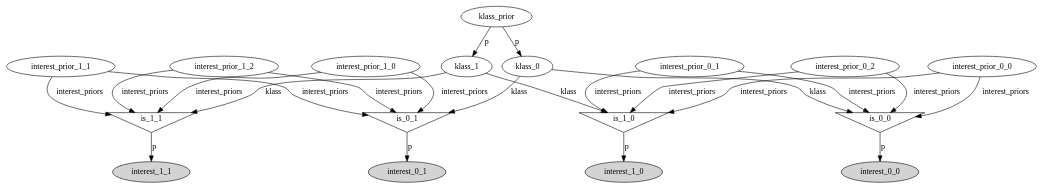
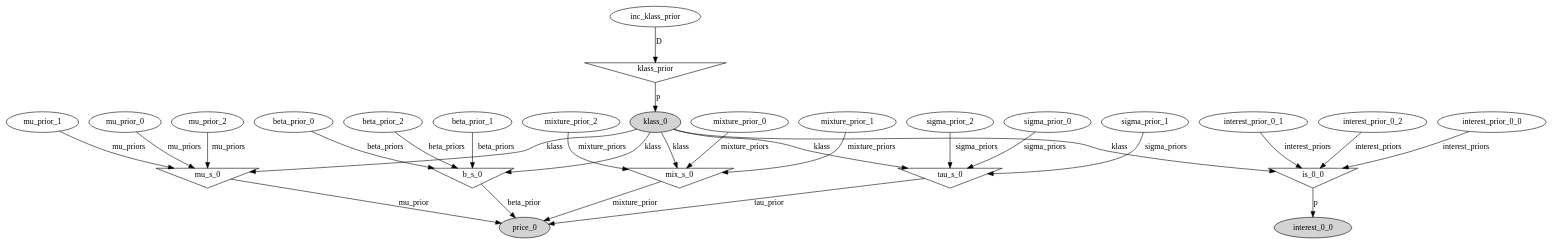
One commit to anokhin/anokhin.github.io changed the diagram in notebooks/timeline/MCMC.dot. Above: the diagram before and after it, drawn with Graphviz. The commit also changed 6 other files, not shown here.

```diff
--- a/notebooks/timeline/MCMC.dot
+++ b/notebooks/timeline/MCMC.dot
@@ -1,41 +1,54 @@
 digraph G {
-interest_1_1 [style=filled];
-is_1_1 [shape=invtriangle];
-is_1_1 -> interest_1_1  [label=p];
-klass_1;
-klass_1 -> is_1_1  [label=klass];
-klass_prior;
-klass_prior -> klass_1  [label=p];
-interest_prior_1_0;
-interest_prior_1_0 -> is_1_1  [label=interest_priors];
-interest_prior_1_1;
-interest_prior_1_1 -> is_1_1  [label=interest_priors];
-interest_prior_1_2;
-interest_prior_1_2 -> is_1_1  [label=interest_priors];
-is_0_1 [shape=invtriangle];
-klass_0;
-klass_0 -> is_0_1  [label=klass];
+mixture_prior_2;
+interest_prior_0_1;
+klass_prior [shape=invtriangle];
+inc_klass_prior;
+inc_klass_prior -> klass_prior  [label=D];
+interest_prior_0_2;
+b_s_0 [shape=invtriangle];
+beta_prior_0;
+beta_prior_0 -> b_s_0  [label=beta_priors];
+beta_prior_2;
+beta_prior_2 -> b_s_0  [label=beta_priors];
+beta_prior_1;
+beta_prior_1 -> b_s_0  [label=beta_priors];
+klass_0 [style=filled];
+klass_0 -> b_s_0  [label=klass];
 klass_prior -> klass_0  [label=p];
-interest_prior_1_0 -> is_0_1  [label=interest_priors];
-interest_prior_1_1 -> is_0_1  [label=interest_priors];
-interest_prior_1_2 -> is_0_1  [label=interest_priors];
-interest_prior_0_2;
+mixture_prior_0;
+price_0 [style=filled];
+b_s_0 -> price_0  [label=beta_prior];
+mix_s_0 [shape=invtriangle];
+mix_s_0 -> price_0  [label=mixture_prior];
+klass_0 -> mix_s_0  [label=klass];
+mixture_prior_2 -> mix_s_0  [label=mixture_priors];
+mixture_prior_0 -> mix_s_0  [label=mixture_priors];
+mixture_prior_1;
+mixture_prior_1 -> mix_s_0  [label=mixture_priors];
+tau_s_0 [shape=invtriangle];
+tau_s_0 -> price_0  [label=tau_prior];
+klass_0 -> tau_s_0  [label=klass];
+sigma_prior_2;
+sigma_prior_2 -> tau_s_0  [label=sigma_priors];
+sigma_prior_0;
+sigma_prior_0 -> tau_s_0  [label=sigma_priors];
+sigma_prior_1;
+sigma_prior_1 -> tau_s_0  [label=sigma_priors];
+mu_s_0 [shape=invtriangle];
+mu_s_0 -> price_0  [label=mu_prior];
+klass_0 -> mu_s_0  [label=klass];
+mu_prior_0;
+mu_prior_0 -> mu_s_0  [label=mu_priors];
+mu_prior_2;
+mu_prior_2 -> mu_s_0  [label=mu_priors];
+mu_prior_1;
+mu_prior_1 -> mu_s_0  [label=mu_priors];
 interest_prior_0_0;
-interest_1_0 [style=filled];
-is_1_0 [shape=invtriangle];
-is_1_0 -> interest_1_0  [label=p];
-klass_1 -> is_1_0  [label=klass];
-interest_prior_0_0 -> is_1_0  [label=interest_priors];
-interest_prior_0_1;
-interest_prior_0_1 -> is_1_0  [label=interest_priors];
-interest_prior_0_2 -> is_1_0  [label=interest_priors];
-interest_0_0 [style=filled];
 is_0_0 [shape=invtriangle];
-is_0_0 -> interest_0_0  [label=p];
 klass_0 -> is_0_0  [label=klass];
+interest_prior_0_2 -> is_0_0  [label=interest_priors];
 interest_prior_0_0 -> is_0_0  [label=interest_priors];
 interest_prior_0_1 -> is_0_0  [label=interest_priors];
-interest_prior_0_2 -> is_0_0  [label=interest_priors];
-interest_0_1 [style=filled];
-is_0_1 -> interest_0_1  [label=p];
+interest_0_0 [style=filled];
+is_0_0 -> interest_0_0  [label=p];
 }
```
